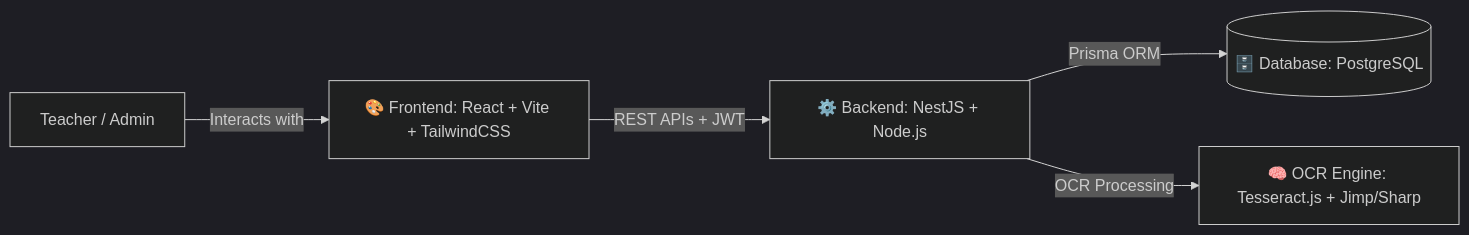
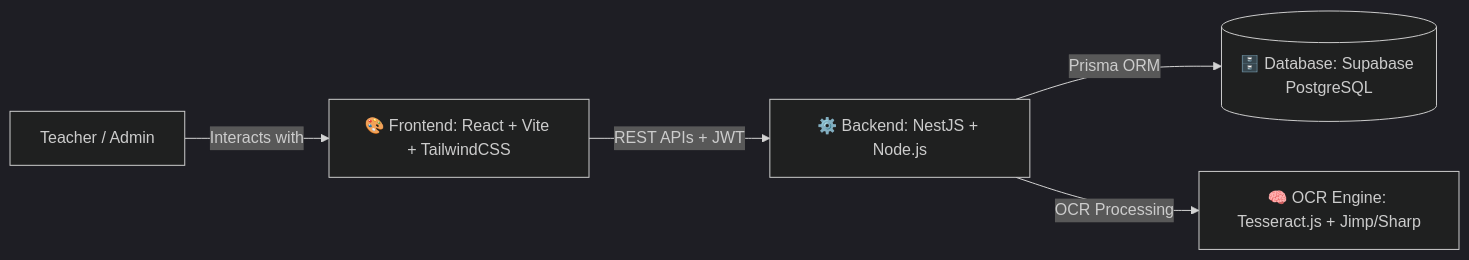
The diagram in README.md (navy471/DUC2026_PGB_Scoring-Assistant_Team2), drawn with Mermaid (dark theme) before and after one commit. The commit also changed other lines of this file and 6 other files, not shown here.

````diff
--- a/README.md
+++ b/README.md
@@ -9,7 +9,7 @@
 ```mermaid
 graph LR
     User[Teacher / Admin] -->|Interacts with| Frontend[🎨 Frontend: React + Vite + TailwindCSS]
     Frontend -->|REST APIs + JWT| Backend[⚙️ Backend: NestJS + Node.js]
-    Backend -->|Prisma ORM| Database[(🗄️ Database: PostgreSQL)]
+    Backend -->|Prisma ORM| Database[(🗄️ Database: Supabase PostgreSQL)]
     Backend -->|OCR Processing| AI[🧠 OCR Engine: Tesseract.js + Jimp/Sharp]
 ```
````
